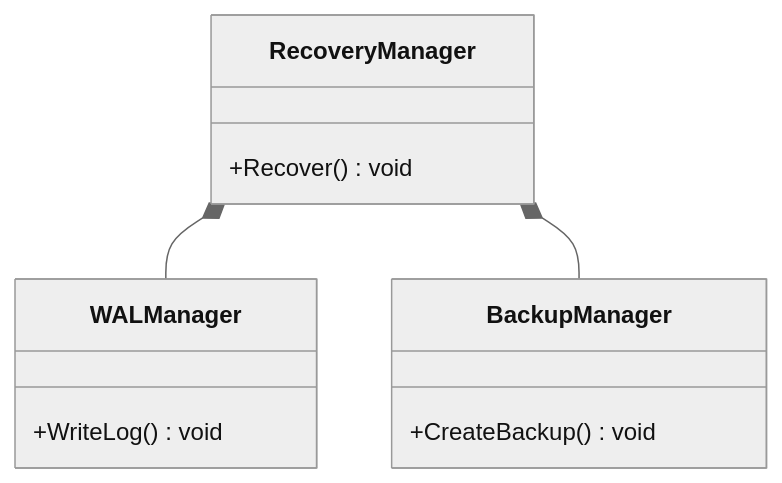
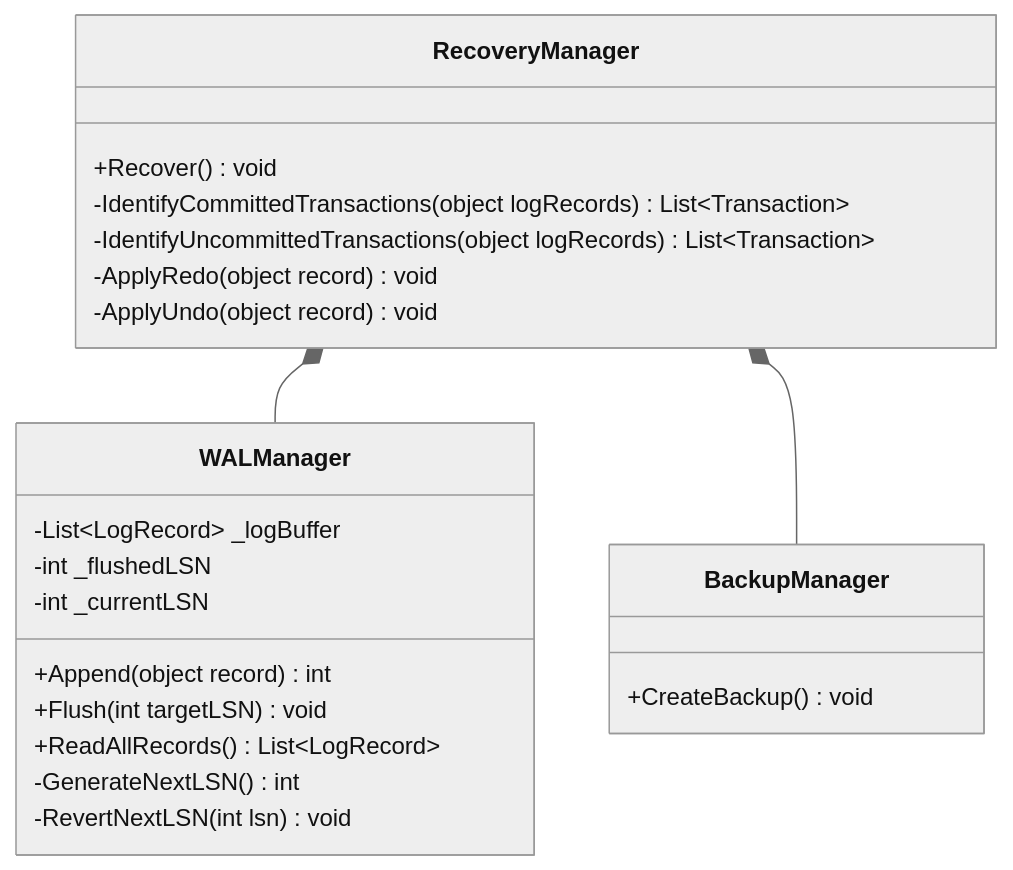
The sixth of 52 diagrams in README.md (manaxpow/DBMS), drawn with Mermaid (neutral theme) before and after one commit. The commit also changed other lines of this file and 15 other files, not shown here.

````diff
--- a/README.md
+++ b/README.md
@@ -446,16 +464,27 @@
 ```mermaid
 classDiagram
     direction TB
     class RecoveryManager {
         +Recover() void
+        -IdentifyCommittedTransactions(object logRecords) List~Transaction~
+        -IdentifyUncommittedTransactions(object logRecords) List~Transaction~
+        -ApplyRedo(object record) void
+        -ApplyUndo(object record) void
     }
     class WALManager {
-        +WriteLog() void
+        -List~LogRecord~ _logBuffer
+        -int _flushedLSN
+        -int _currentLSN
+        +Append(object record) int
+        +Flush(int targetLSN) void
+        +ReadAllRecords() List~LogRecord~
+        -GenerateNextLSN() int
+        -RevertNextLSN(int lsn) void
     }
     class BackupManager {
         +CreateBackup() void
     }
 
     RecoveryManager *-- WALManager
     RecoveryManager *-- BackupManager
 ```
````
